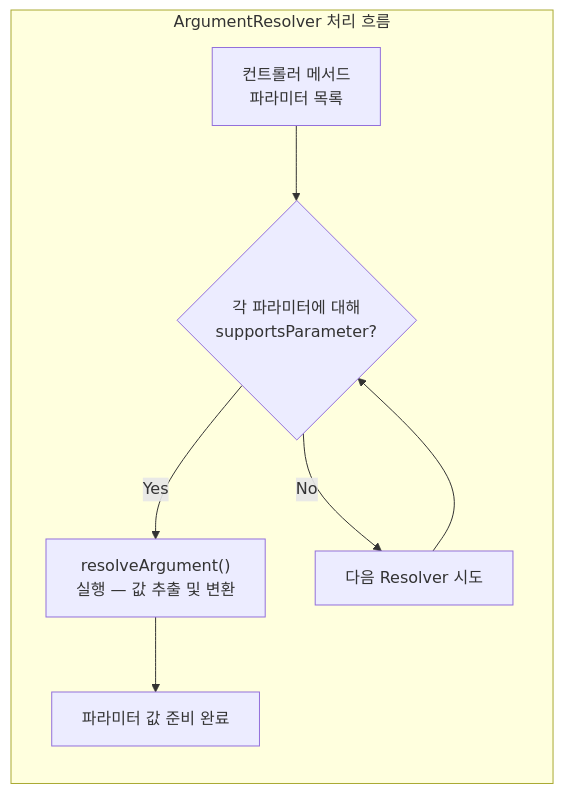
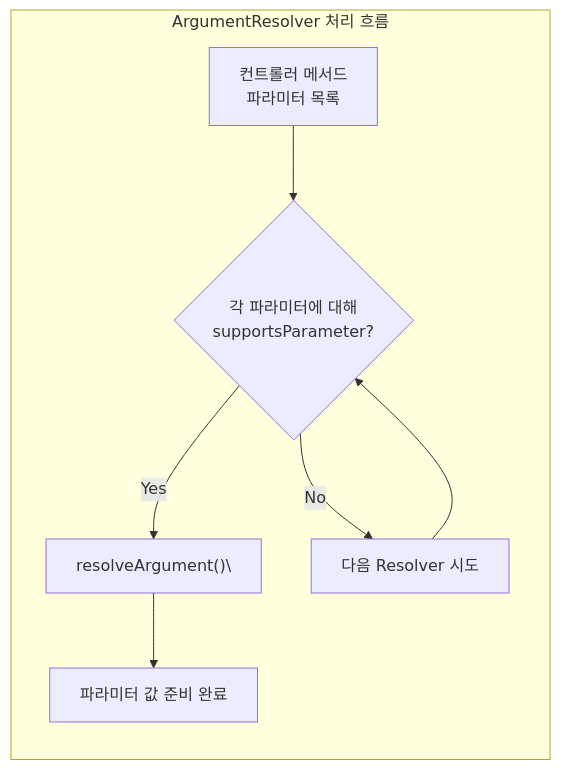
One commit to yjkim2015/yjkim2015.github.io changed the fifth of 14 diagrams in _posts/spring/2026-05-02-spring-mvc-deep.md. Above: the diagram before and after it, drawn with Mermaid. The commit also changed other lines of this file and 271 other files, not shown here.

First line of the commit message:
Mermaid 라벨 축소: 긴 노드 텍스트 18자 이하로 트림 + \n 제거

````diff
--- a/_posts/spring/2026-05-02-spring-mvc-deep.md
+++ b/_posts/spring/2026-05-02-spring-mvc-deep.md
@@ -269,10 +269,10 @@
 ```mermaid
 graph LR
     subgraph "ArgumentResolver 처리 흐름"
         A["컨트롤러 메서드\n파라미터 목록"] --> B{"각 파라미터에 대해\nsupportsParameter?"}
-        B -->|"Yes"| C["resolveArgument()\n실행 — 값 추출 및 변환"]
+        B -->|"Yes"| C["resolveArgument()\"]
         B -->|"No"| D["다음 Resolver 시도"]
         C --> E["파라미터 값 준비 완료"]
         D --> B
     end
 ```
````
